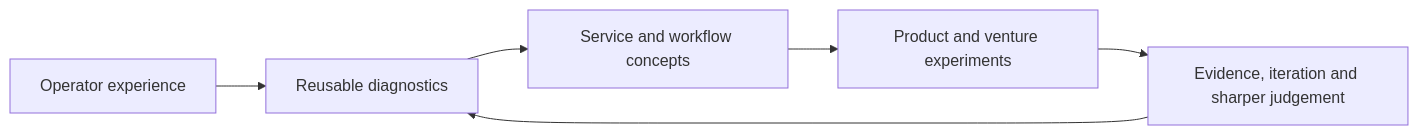
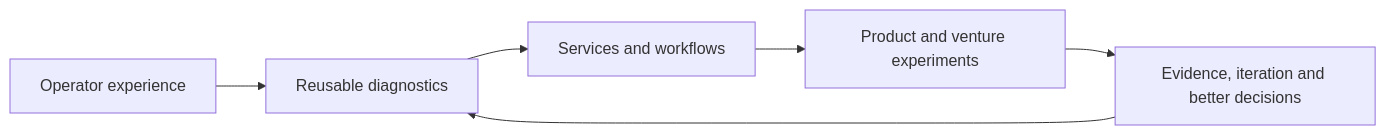
The diagram in ENTREPRENEUR-JOURNEY.md (christopher-swarup-labs/portfolio-index), drawn with Mermaid before and after one commit. The commit also changed other lines of this file, not shown here.

````diff
--- a/ENTREPRENEUR-JOURNEY.md
+++ b/ENTREPRENEUR-JOURNEY.md
@@ -13,8 +15,8 @@
 ```mermaid
 flowchart LR
     A[Operator experience] --> B[Reusable diagnostics]
-    B --> C[Service and workflow concepts]
+    B --> C[Services and workflows]
     C --> D[Product and venture experiments]
-    D --> E[Evidence, iteration and sharper judgement]
+    D --> E[Evidence, iteration and better decisions]
     E --> B
 ```
````
